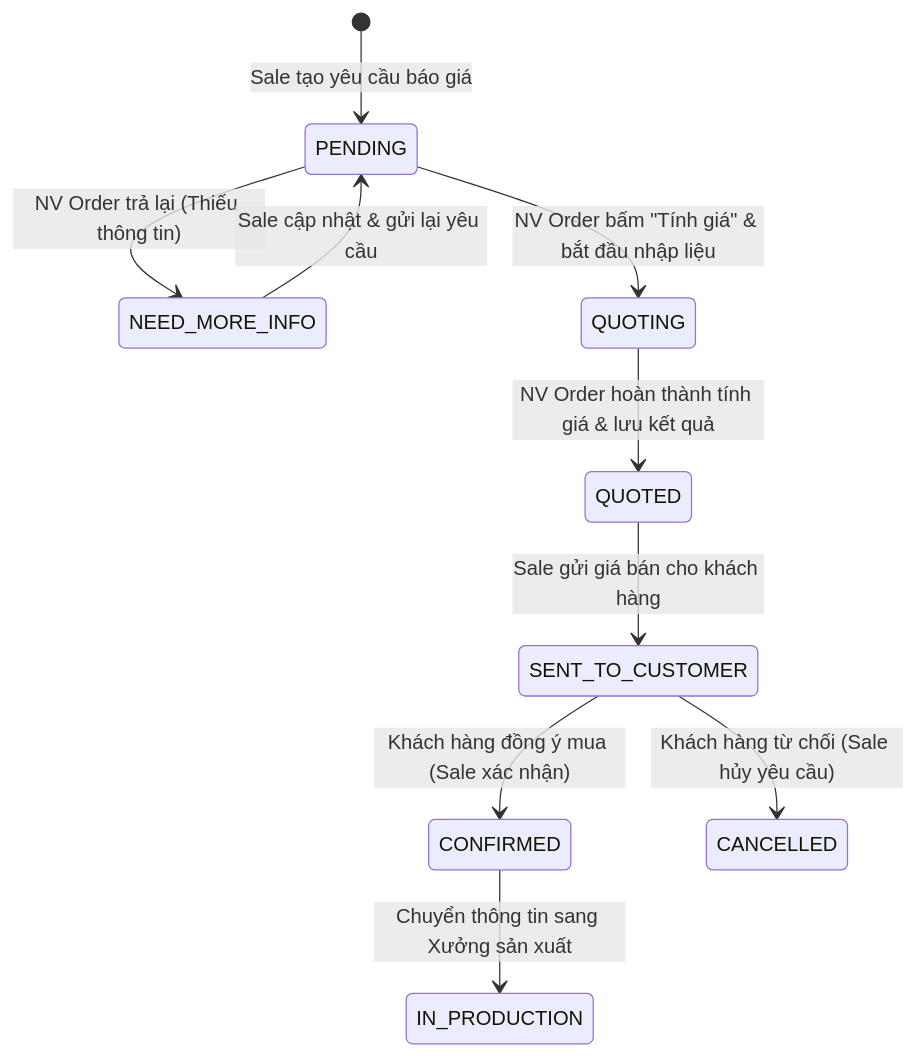
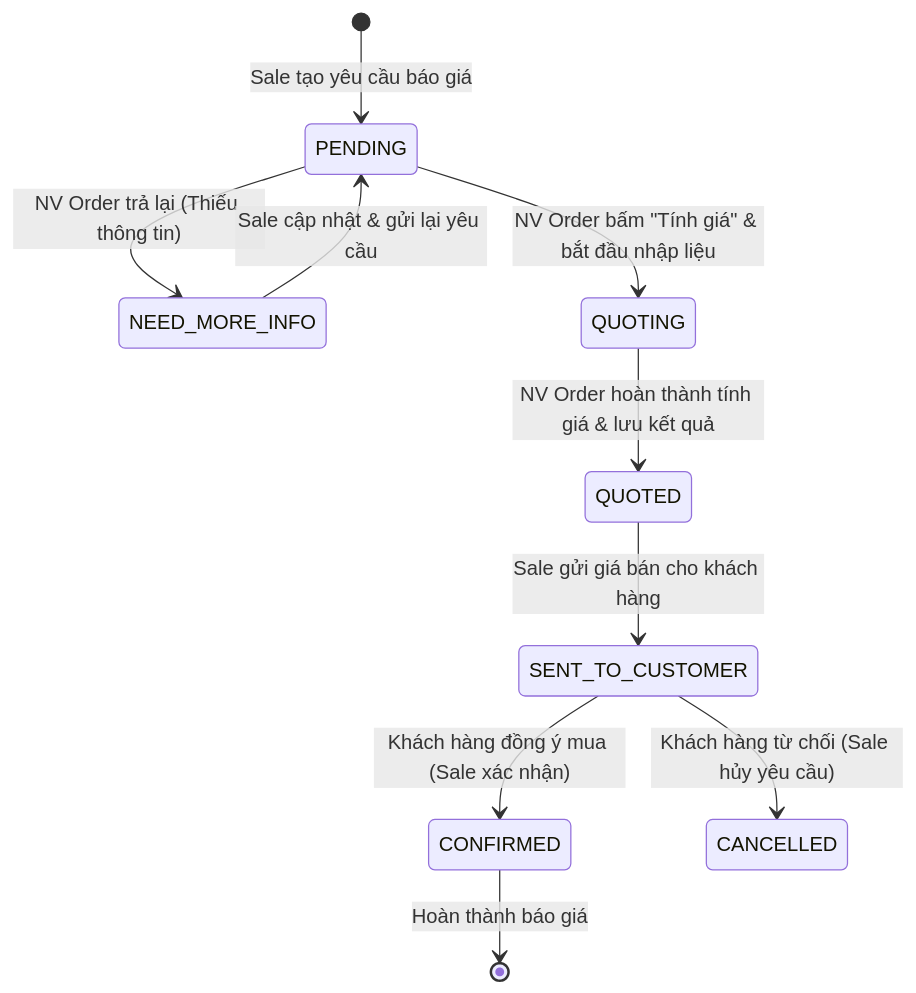
Before and after one commit to viemonkey/Jewelry-Pricing-Tool: the diagram in README.md, drawn with Mermaid. The commit also changed other lines of this file and 24 other files, not shown here.

````diff
--- a/README.md
+++ b/README.md
@@ -47,12 +85,12 @@
 ```mermaid
 stateDiagram-v2
     [*] --> PENDING : Sale tạo yêu cầu báo giá
     PENDING --> NEED_MORE_INFO : NV Order trả lại (Thiếu thông tin)
     NEED_MORE_INFO --> PENDING : Sale cập nhật & gửi lại yêu cầu
     PENDING --> QUOTING : NV Order bấm "Tính giá" & bắt đầu nhập liệu
     QUOTING --> QUOTED : NV Order hoàn thành tính giá & lưu kết quả
     QUOTED --> SENT_TO_CUSTOMER : Sale gửi giá bán cho khách hàng
     SENT_TO_CUSTOMER --> CONFIRMED : Khách hàng đồng ý mua (Sale xác nhận)
     SENT_TO_CUSTOMER --> CANCELLED : Khách hàng từ chối (Sale hủy yêu cầu)
-    CONFIRMED --> IN_PRODUCTION : Chuyển thông tin sang Xưởng sản xuất
+    CONFIRMED --> [*] : Hoàn thành báo giá
 ```
````
